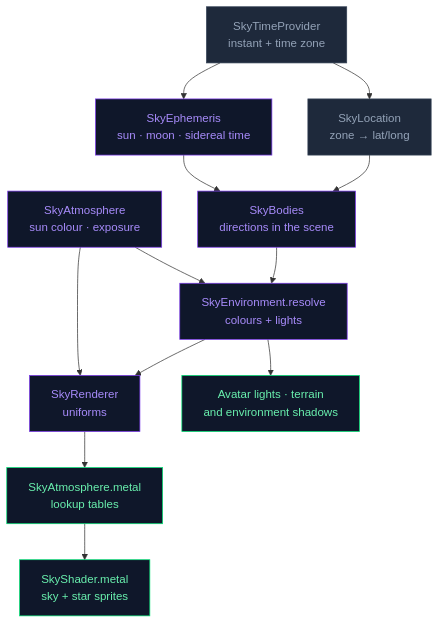
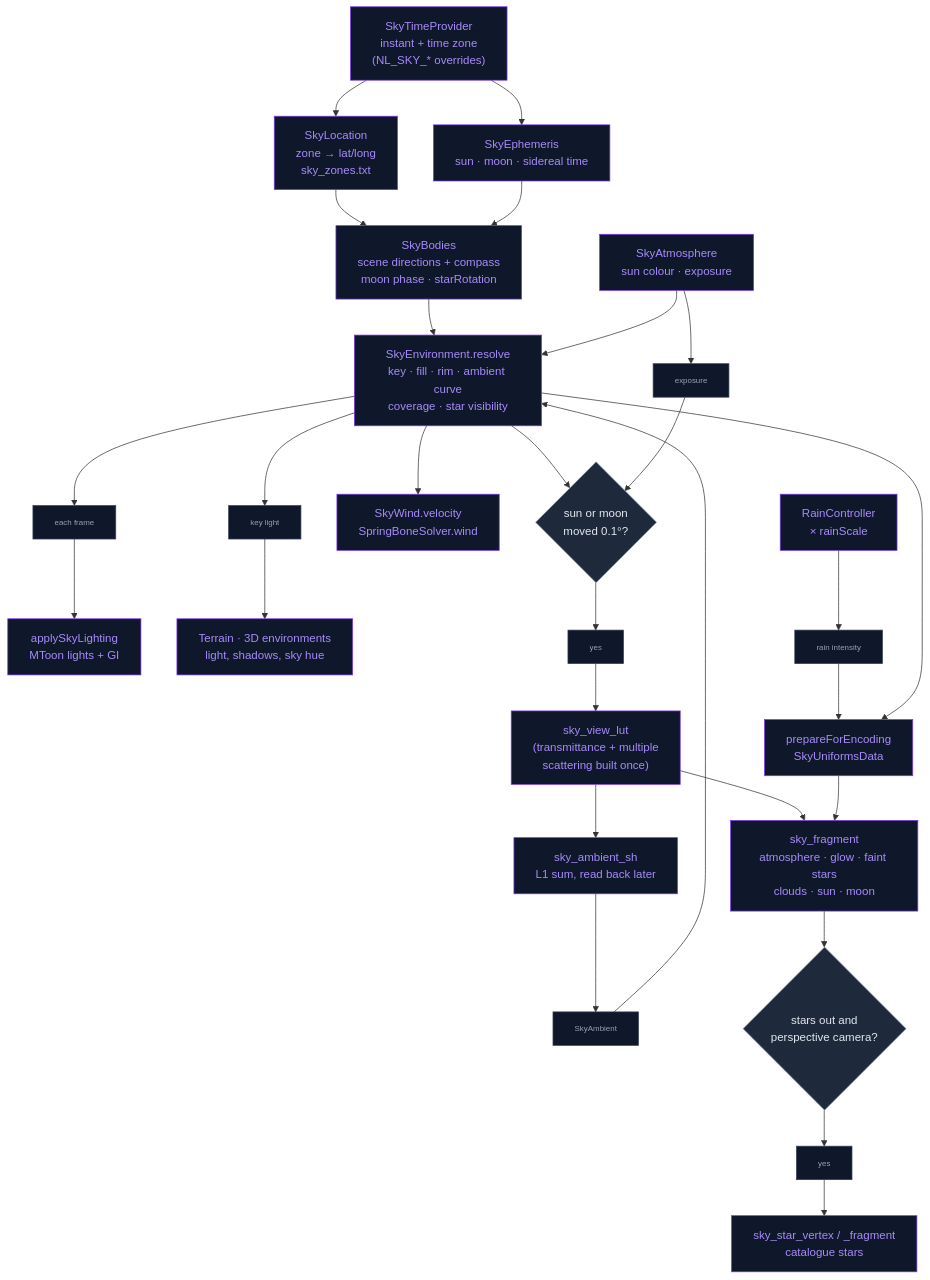
One commit to kevinliddel/NeuraLink changed the diagram in docs/Engine/Sky_System.md. Above: the diagram before and after it, drawn with Mermaid. The commit also changed other lines of this file and 21 other files, not shown here.

````diff
--- a/docs/Engine/Sky_System.md
+++ b/docs/Engine/Sky_System.md
@@ -111,27 +655,37 @@
 ```mermaid
-graph TD
-    Clock["SkyTimeProvider<br/>instant + time zone"]
-    Place["SkyLocation<br/>zone → lat/long"]
-    Ephemeris["SkyEphemeris<br/>sun · moon · sidereal time"]
-    Bodies["SkyBodies<br/>directions in the scene"]
-    Air["SkyAtmosphere<br/>sun colour · exposure"]
-    Palette["SkyEnvironment.resolve<br/>colours + lights"]
-    Renderer["SkyRenderer<br/>uniforms"]
-    Tables["SkyAtmosphere.metal<br/>lookup tables"]
-    GPU["SkyShader.metal<br/>sky + star sprites"]
-    Lights["Avatar lights · terrain<br/>and environment shadows"]
+flowchart TD
+    CLOCK["SkyTimeProvider<br/>instant + time zone<br/>(NL_SKY_* overrides)"] --> PLACE["SkyLocation<br/>zone → lat/long<br/>sky_zones.txt"]
+    CLOCK --> EPH["SkyEphemeris<br/>sun · moon · sidereal time"]
+    PLACE --> BODIES["SkyBodies<br/>scene directions + compass<br/>moon phase · starRotation"]
+    EPH --> BODIES
+    BODIES --> ENV["SkyEnvironment.resolve<br/>key · fill · rim · ambient curve<br/>coverage · star visibility"]
+    AIR["SkyAtmosphere<br/>sun colour · exposure"] --> ENV
 
-    Clock --> Place --> Bodies
-    Clock --> Ephemeris --> Bodies
-    Bodies --> Palette --> Renderer --> Tables --> GPU
-    Air --> Palette
-    Air --> Renderer
-    Palette --> Lights
+    ENV --> D1["each frame"] --> LIGHTS["applySkyLighting<br/>MToon lights + GI"]
+    ENV --> D2["key light"] --> TERR["Terrain · 3D environments<br/>light, shadows, sky hue"]
+    ENV --> WIND["SkyWind.velocity<br/>SpringBoneSolver.wind"]
 
-    classDef source fill:#1e293b,stroke:#334155,color:#94a3b8
-    classDef logic fill:#0f172a,stroke:#7c3aed,color:#a78bfa
-    classDef gpu fill:#0f172a,stroke:#00e676,color:#69f0ae
-    class Clock,Place source
-    class Ephemeris,Bodies,Air,Palette,Renderer logic
-    class Tables,GPU,Lights gpu
+    ENV --> MOVED{"sun or moon<br/>moved 0.1°?"}
+    AIR --> D3["exposure"] --> MOVED
+    MOVED --> D4["yes"] --> VIEW["sky_view_lut<br/>(transmittance + multiple<br/>scattering built once)"]
+    VIEW --> SH["sky_ambient_sh<br/>L1 sum, read back later"]
+    SH --> D5["SkyAmbient"] --> ENV
+
+    RAIN["RainController<br/>× rainScale"] --> D6["rain intensity"] --> UNI
+    ENV --> UNI["prepareForEncoding<br/>SkyUniformsData"]
+    VIEW --> FRAG["sky_fragment<br/>atmosphere · glow · faint stars<br/>clouds · sun · moon"]
+    UNI --> FRAG
+    FRAG --> STARS{"stars out and<br/>perspective camera?"}
+    STARS --> D7["yes"] --> SPR["sky_star_vertex / _fragment<br/>catalogue stars"]
+
+    %% Styles
+    classDef core fill:#0f172a,stroke:#7c3aed,color:#a78bfa
+    classDef decision fill:#1e293b,stroke:#94a3b8,color:#e2e8f0
+
+    class CLOCK,PLACE,EPH,BODIES,ENV,AIR,LIGHTS,TERR,WIND,VIEW,SH,RAIN,UNI,FRAG,SPR core
+    class MOVED,STARS decision
+
+    %% Data nodes (consistent system-wide)
+    classDef data fill:#0f172a,stroke:#334155,color:#94a3b8,font-size:11px
+    class D1,D2,D3,D4,D5,D6,D7 data
 ```
````
